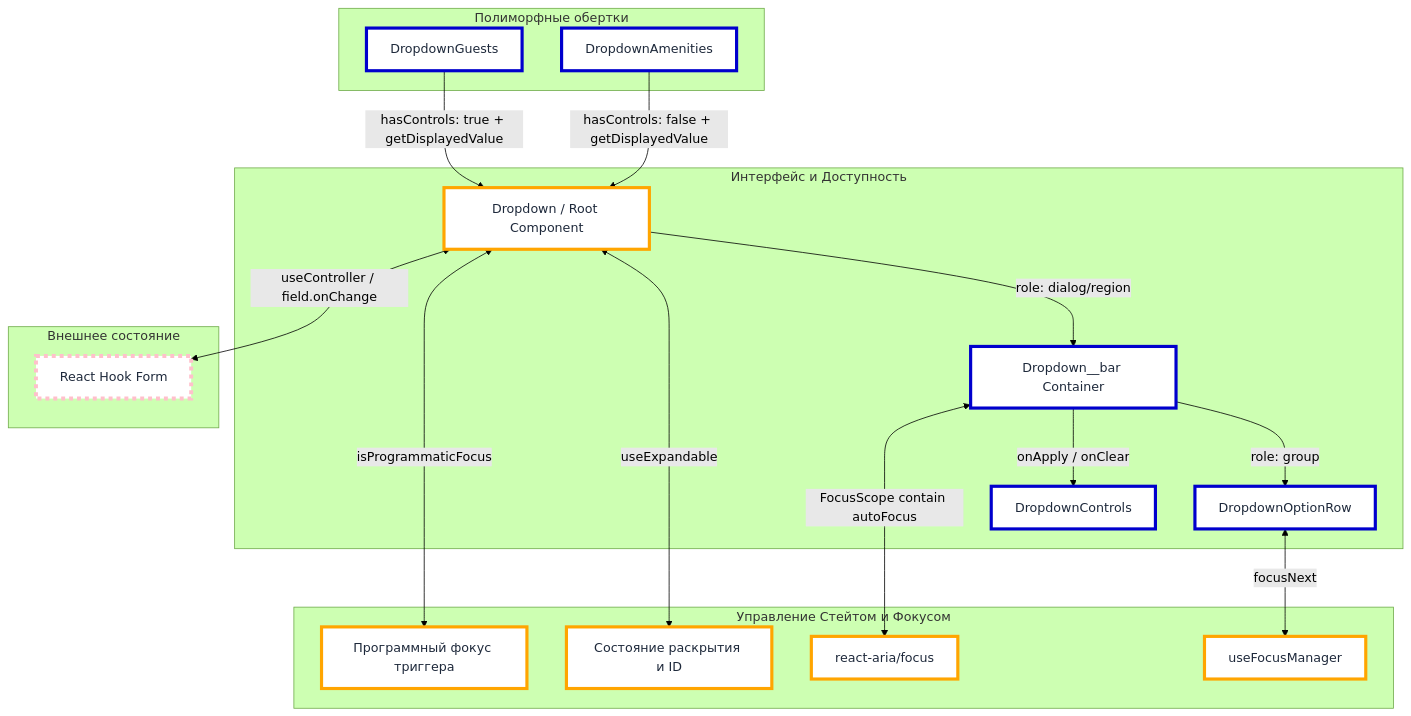
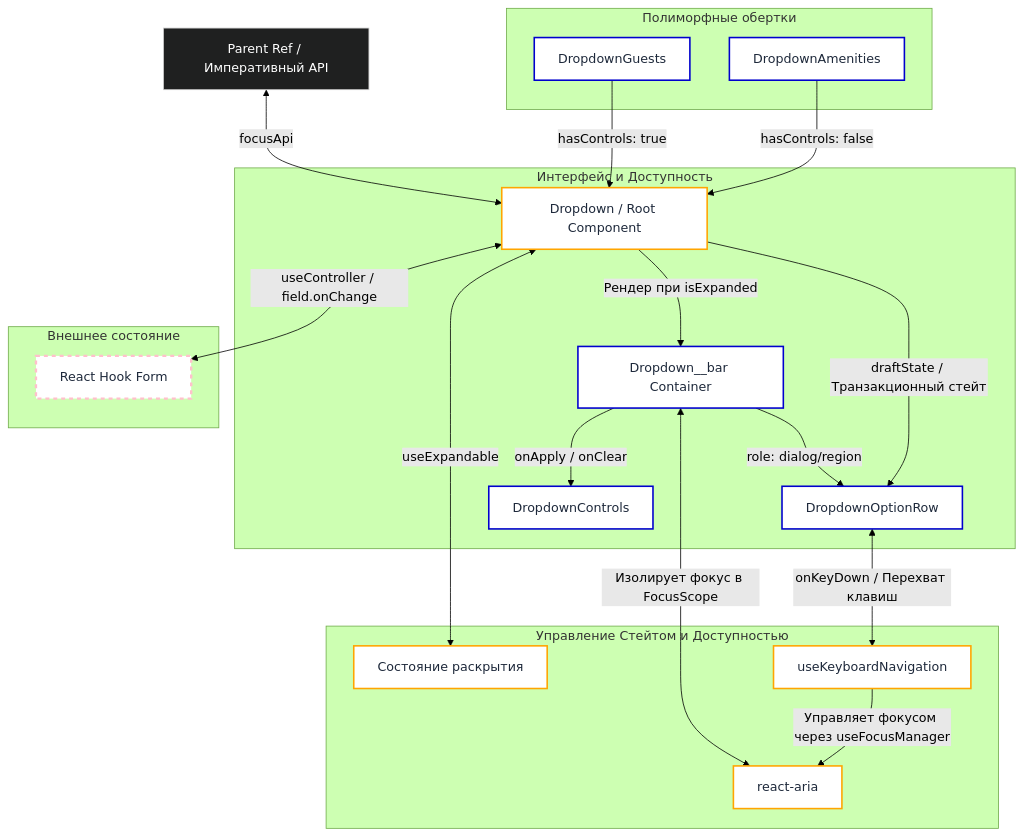
The third of 4 diagrams in README.md (voxman90/toxin-site-frontend), drawn with Mermaid (forest theme) before and after one commit. The commit also changed other lines of this file, not shown here.

````diff
--- a/README.md
+++ b/README.md
@@ -303,41 +303,47 @@
 ```mermaid
-    graph TD
-        subgraph Wrapper_Layer [Полиморфные обертки]
-            DG[DropdownGuests]
-            DA[DropdownAmenities]
-        end
+graph TD
+    Ref[Parent Ref / Императивный API] <--> |focusApi| D
 
-        DG --> |hasControls: true + getDisplayedValue| D
-        DA --> |hasControls: false + getDisplayedValue| D
+    subgraph Wrapper_Layer [Полиморфные обертки]
+        DG[DropdownGuests]
+        DA[DropdownAmenities]
+    end
 
-        subgraph UI_Layer [Интерфейс и Доступность]
-            D[Dropdown / Root Component] --> |role: dialog/region| DB[Dropdown__bar Container]
-            DB --> |role: group| DOR[DropdownOptionRow]
-            DB --> |onApply / onClear| DC[DropdownControls]
-        end
+    DG --> |hasControls: true| D[Dropdown / Root Component]
+    DA --> |hasControls: false| D
 
-        subgraph Logic_Layer [Управление Стейтом и Фокусом]
-            D <--> |useExpandable| EX[Состояние раскрытия и ID]
-            D <--> |isProgrammaticFocus| PF[Программный фокус триггера]
-            DB <--> |FocusScope contain autoFocus| FS[react-aria/focus]
-            DOR <--> |focusNext| FM[useFocusManager]
-        end
+    subgraph UI_Layer [Интерфейс и Доступность]
+        D --> |Рендер при isExpanded| DB[Dropdown__bar Container]
+        DB --> |role: dialog/region| DOR[DropdownOptionRow]
+        DB --> |onApply / onClear| DC[DropdownControls]
+    end
 
-        subgraph External_Layer [Внешнее состояние]
-            D <--> |useController / field.onChange| RHF[React Hook Form]
-        end
+    subgraph Logic_Layer [Управление Стейтом и Доступностью]
+        D <--> |useExpandable| EX[Состояние раскрытия]
+        D --> |draftState / Транзакционный стейт| DOR
+        
+        DB <--> |Изолирует фокус в FocusScope| RA[react-aria]
+        
+        DOR <--> |onKeyDown / Перехват клавиш| UKN[useKeyboardNavigation]
+        UKN --> |Управляет фокусом через useFocusManager| RA
+    end
 
-        style DG fill:#fff,stroke:mediumblue,stroke-width:4px,color:#1e293b
-        style DA fill:#fff,stroke:mediumblue,stroke-width:4px,color:#1e293b
-        style DB fill:#fff,stroke:mediumblue,stroke-width:4px,color:#1e293b
-        style DOR fill:#fff,stroke:mediumblue,stroke-width:4px,color:#1e293b
-        style DC fill:#fff,stroke:mediumblue,stroke-width:4px,color:#1e293b
-        
-        style D fill:#fff,stroke:orange,stroke-width:4px,color:#1e293b
-        style EX fill:#fff,stroke:orange,stroke-width:4px,color:#1e293b
-        style PF fill:#fff,stroke:orange,stroke-width:4px,color:#1e293b
-        style FS fill:#fff,stroke:orange,stroke-width:4px,color:#1e293b
-        style FM fill:#fff,stroke:orange,stroke-width:4px,color:#1e293b
+    subgraph External_Layer [Внешнее состояние]
+        D <--> |useController / field.onChange| RHF[React Hook Form]
+    end
 
-        style RHF fill:#fff,stroke:pink,stroke-width:5px,stroke-dasharray:5 5,color:#1e293b
+    style Ref fill:#1f2020,stroke:#ccc,stroke-width:1px,color:#fff
+
+    style DG fill:#fff,stroke:mediumblue,stroke-width:2px,color:#1e293b
+    style DA fill:#fff,stroke:mediumblue,stroke-width:2px,color:#1e293b
+    style DB fill:#fff,stroke:mediumblue,stroke-width:2px,color:#1e293b
+    style DOR fill:#fff,stroke:mediumblue,stroke-width:2px,color:#1e293b
+    style DC fill:#fff,stroke:mediumblue,stroke-width:2px,color:#1e293b
+    
+    style D fill:#fff,stroke:orange,stroke-width:2px,color:#1e293b
+    style EX fill:#fff,stroke:orange,stroke-width:2px,color:#1e293b
+    style RA fill:#fff,stroke:orange,stroke-width:2px,color:#1e293b
+    style UKN fill:#fff,stroke:orange,stroke-width:2px,color:#1e293b
+
+    style RHF fill:#fff,stroke:pink,stroke-width:3px,stroke-dasharray:5 5,color:#1e293b
 ```
````
